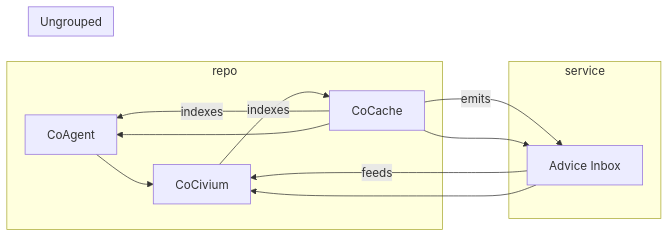
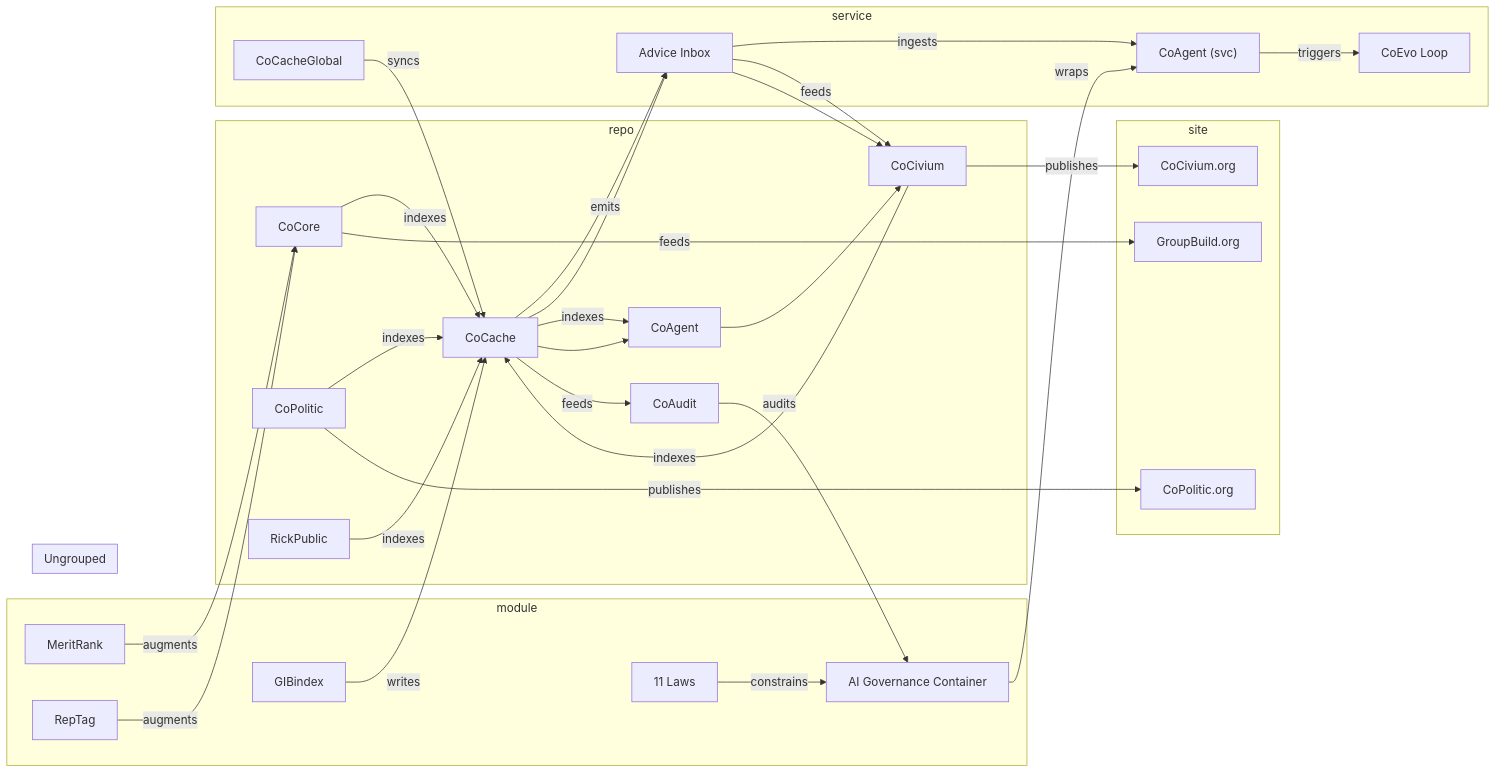
Before and after one commit to rickballard/CoCivium: the diagram in docs/diagrams/render/asset-graph.mmd, drawn with Mermaid. The commit also changed 6 other files, not shown here.

Commit message:
diagrams: seed multi-area JSONs; rebuild asset graph [20251028T181922Z]

```diff
--- a/docs/diagrams/render/asset-graph.mmd
+++ b/docs/diagrams/render/asset-graph.mmd
@@ -1,26 +1,61 @@
-%% generated:2025-10-28T18:10:58Z
+%% generated:2025-10-28T18:19:22Z
 flowchart LR
+subgraph module
+  ElevenLaws["11 Laws"]
+  GIBindex["GIBindex"]
+  GovContainer["AI Governance Container"]
+  MeritRank["MeritRank"]
+  RepTag["RepTag"]
+end
 subgraph repo
   CoAgent["CoAgent"]
+  CoAudit["CoAudit"]
   CoCache["CoCache"]
   CoCache["CoCache"]
   CoCivium["CoCivium"]
   CoCivium["CoCivium"]
+  CoCore["CoCore"]
+  CoPolitic["CoPolitic"]
+  RickPublic["RickPublic"]
 end
 subgraph service
   AdviceInbox["Advice Inbox"]
+  CoAgentSvc["CoAgent (svc)"]
+  CoCacheGlobal["CoCacheGlobal"]
+  CoEvo["CoEvo Loop"]
+end
+subgraph site
+  CoCiviumOrg["CoCivium.org"]
+  CoPoliticOrg["CoPolitic.org"]
+  GroupBuildOrg["GroupBuild.org"]
 end
 subgraph Ungrouped
   AdviceInbox["Advice Inbox"]
   CoAgent["CoAgent"]
   CoCache["CoCache"]
   CoCivium["CoCivium"]
 end
+AdviceInbox --> |"ingests"| CoAgentSvc
 AdviceInbox --> |"feeds"| CoCivium
 AdviceInbox --> CoCivium
 CoAgent --> CoCivium
+CoAgentSvc --> |"triggers"| CoEvo
+CoAudit --> |"audits"| GovContainer
 CoCache --> |"emits"| AdviceInbox
 CoCache --> AdviceInbox
 CoCache --> |"indexes"| CoAgent
 CoCache --> CoAgent
+CoCache --> |"feeds"| CoAudit
+CoCacheGlobal --> |"syncs"| CoCache
 CoCivium --> |"indexes"| CoCache
+CoCivium --> |"publishes"| CoCiviumOrg
+CoCore --> |"indexes"| CoCache
+CoCore --> |"feeds"| GroupBuildOrg
+CoPolitic --> |"indexes"| CoCache
+CoPolitic --> |"publishes"| CoPoliticOrg
+ElevenLaws --> |"constrains"| GovContainer
+GIBindex --> |"writes"| CoCache
+GovContainer --> |"wraps"| CoAgentSvc
+MeritRank --> |"augments"| CoCore
+RepTag --> |"augments"| CoCore
+RickPublic --> |"indexes"| CoCache
```
